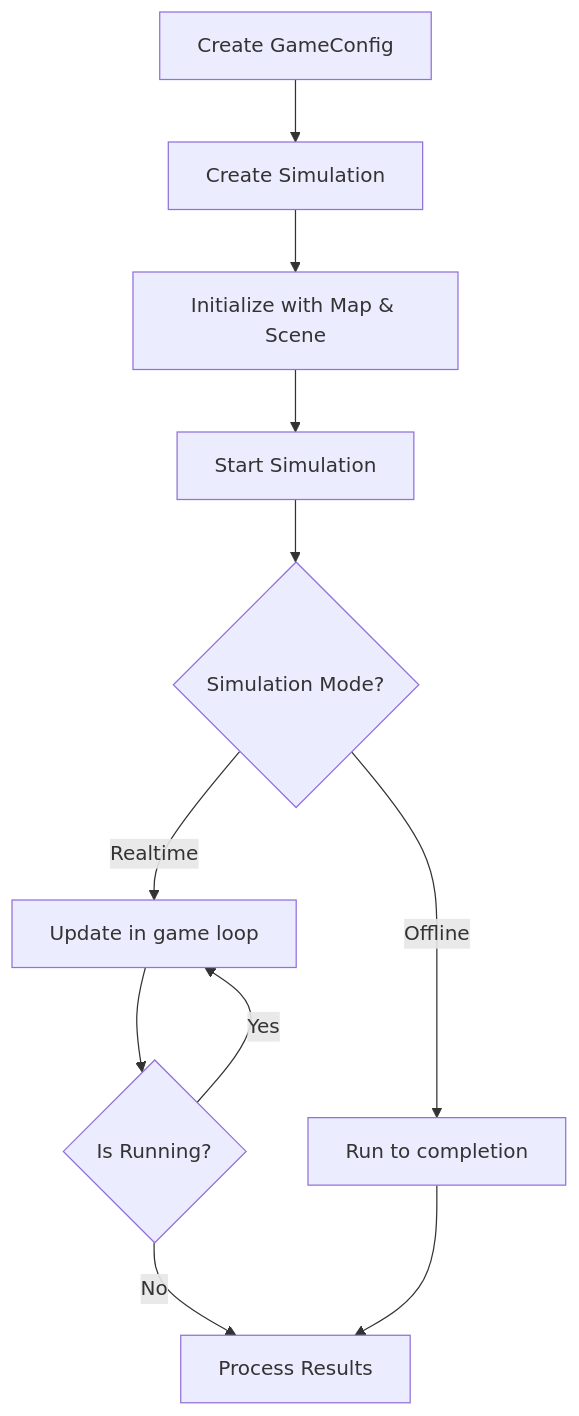
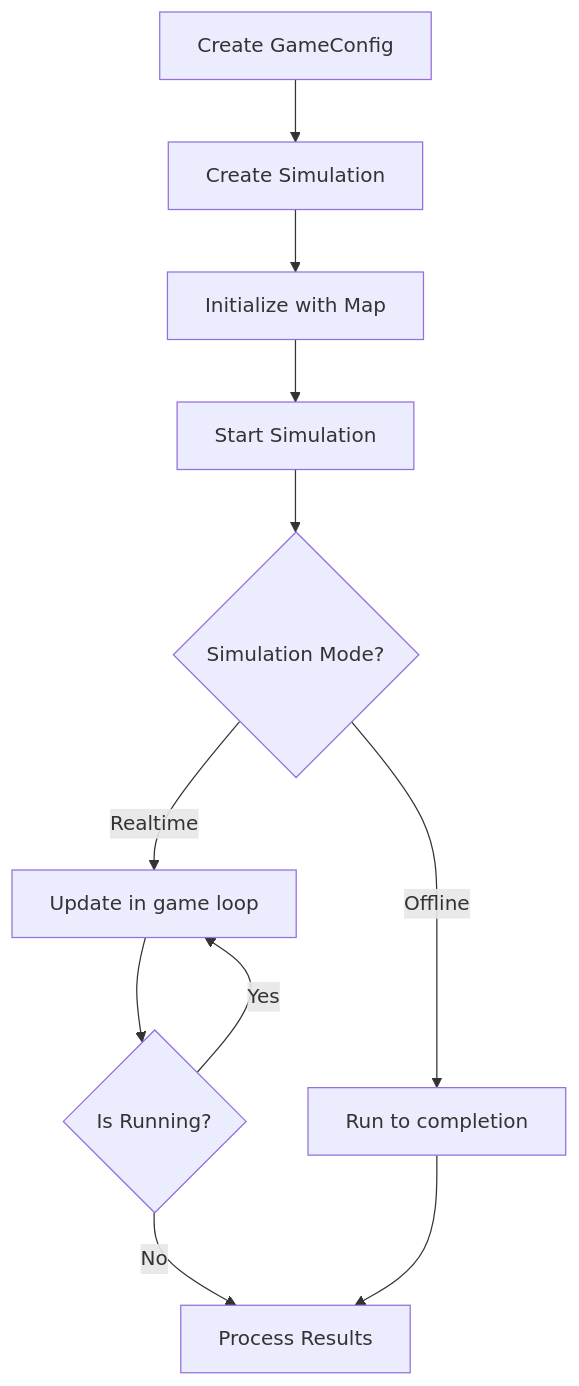
One commit to arbyun/Simulation-Toolkit-AI changed the second of 2 diagrams in README.md. Above: the diagram before and after it, drawn with Mermaid. The commit also changed other lines of this file, not shown here.

````diff
--- a/README.md
+++ b/README.md
@@ -452,13 +323,13 @@
 ```mermaid
 flowchart TD
     A[Create GameConfig] --> B[Create Simulation]
-    B --> C[Initialize with Map & Scene]
+    B --> C[Initialize with Map]
     C --> D[Start Simulation]
     D --> E{Simulation Mode?}
     E -->|Offline| F[Run to completion]
     E -->|Realtime| G[Update in game loop]
     G --> H{Is Running?}
     H -->|Yes| G
     H -->|No| I[Process Results]
     F --> I
 ```
````
